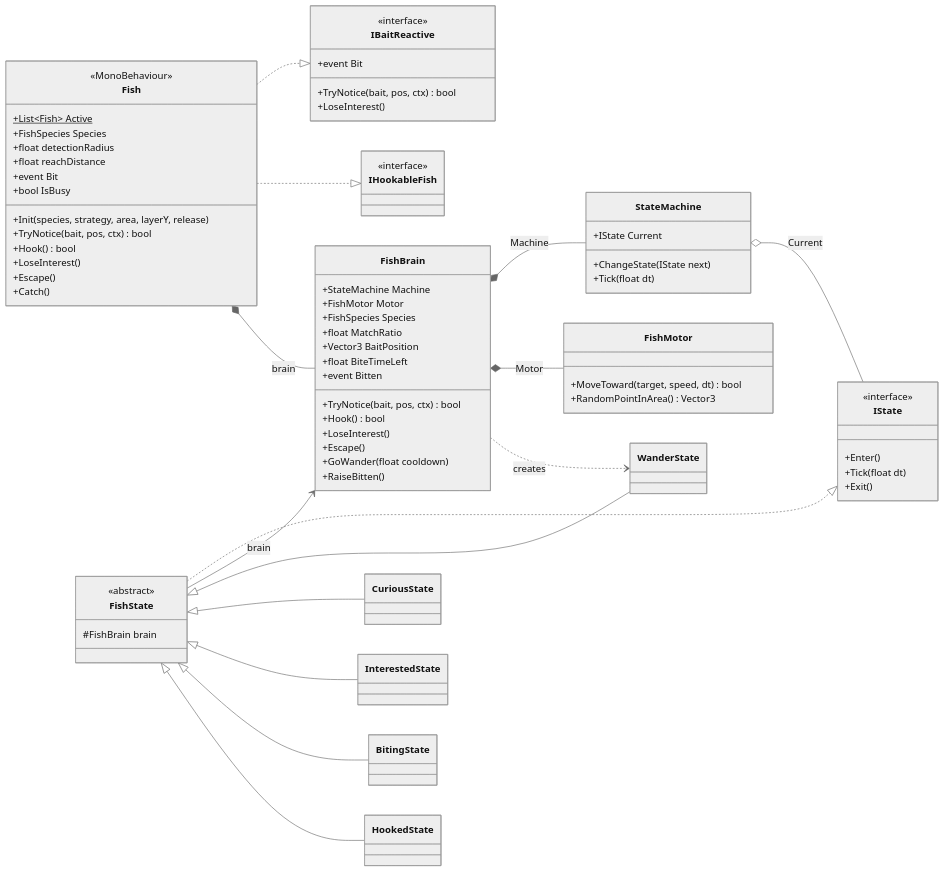
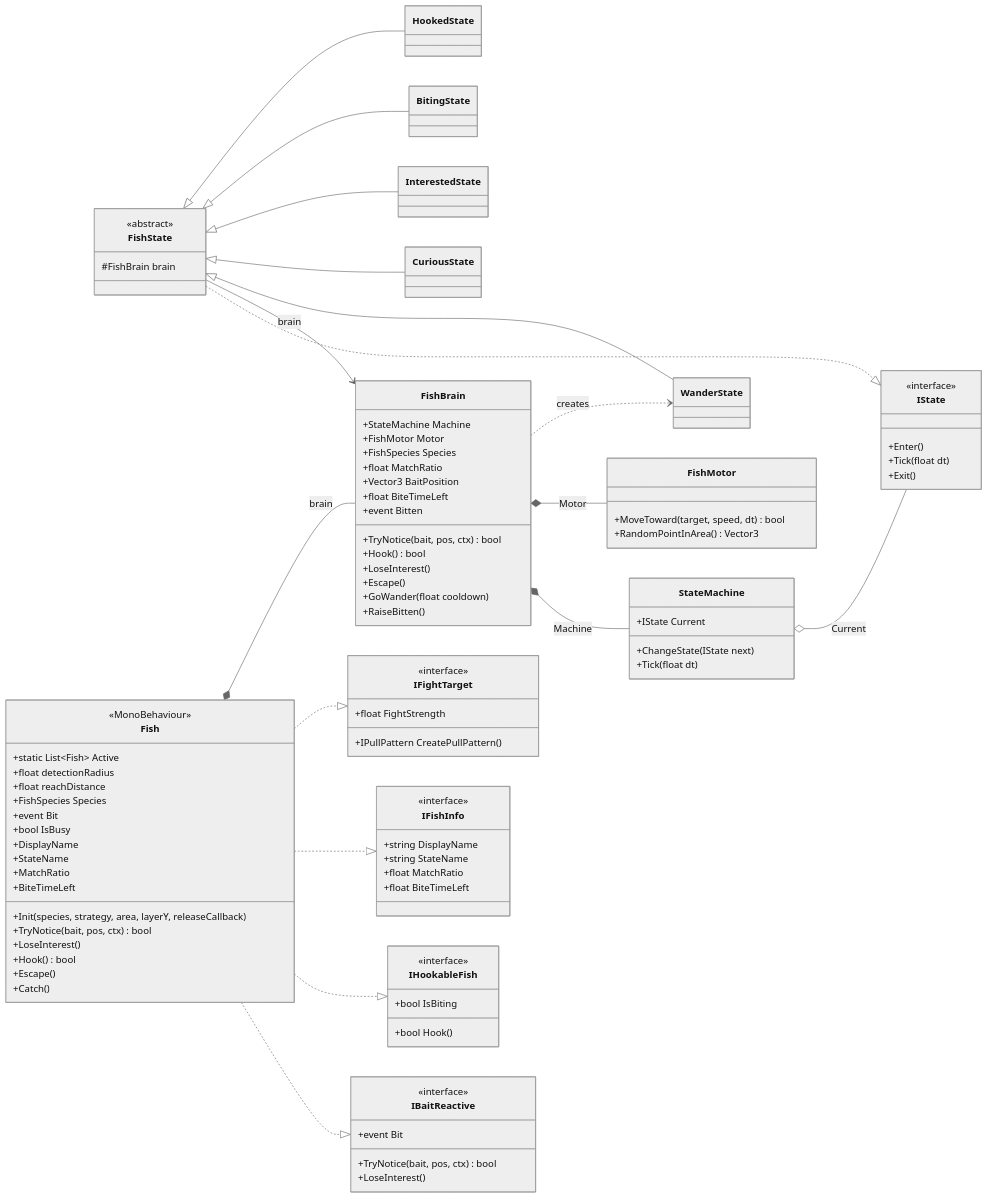
One commit to ZEENCL/tidebook changed the third of 9 diagrams in DevNotes/UML-Diagram.md. Above: the diagram before and after it, drawn with Mermaid (neutral theme). The commit also changed other lines of this file and 3 other files, not shown here.

Commit message:
Added README, LICENSE, Updated UML Diagrams

```diff
--- a/DevNotes/UML-Diagram.md
+++ b/DevNotes/UML-Diagram.md
@@ -64,18 +214,22 @@
 
     class Fish {
         <<MonoBehaviour>>
-        +List~Fish~ Active$
-        +FishSpecies Species
+        +static List~Fish~ Active
         +float detectionRadius
         +float reachDistance
+        +FishSpecies Species
         +event Bit
         +bool IsBusy
-        +Init(species, strategy, area, layerY, release)
+        +Init(species, strategy, area, layerY, releaseCallback)
         +TryNotice(bait, pos, ctx) bool
+        +LoseInterest()
         +Hook() bool
-        +LoseInterest()
         +Escape()
         +Catch()
+        +DisplayName
+        +StateName
+        +MatchRatio
+        +BiteTimeLeft
     }
 
     class FishBrain {
@@ -125,16 +279,35 @@
 
     class IBaitReactive {
         <<interface>>
-        +event Bit
         +TryNotice(bait, pos, ctx) bool
         +LoseInterest()
+        +event Bit
     }
+
     class IHookableFish {
         <<interface>>
+        +bool IsBiting
+        +bool Hook()
+    }
+
+    class IFishInfo {
+        <<interface>>
+        +string DisplayName
+        +string StateName
+        +float MatchRatio
+        +float BiteTimeLeft
+    }
+
+    class IFightTarget {
+        <<interface>>
+        +float FightStrength
+        +IPullPattern CreatePullPattern()
     }
 
     Fish ..|> IBaitReactive
     Fish ..|> IHookableFish
+    Fish ..|> IFishInfo
+    Fish ..|> IFightTarget
     Fish *-- FishBrain : brain
     FishBrain *-- StateMachine : Machine
     FishBrain *-- FishMotor : Motor
```
